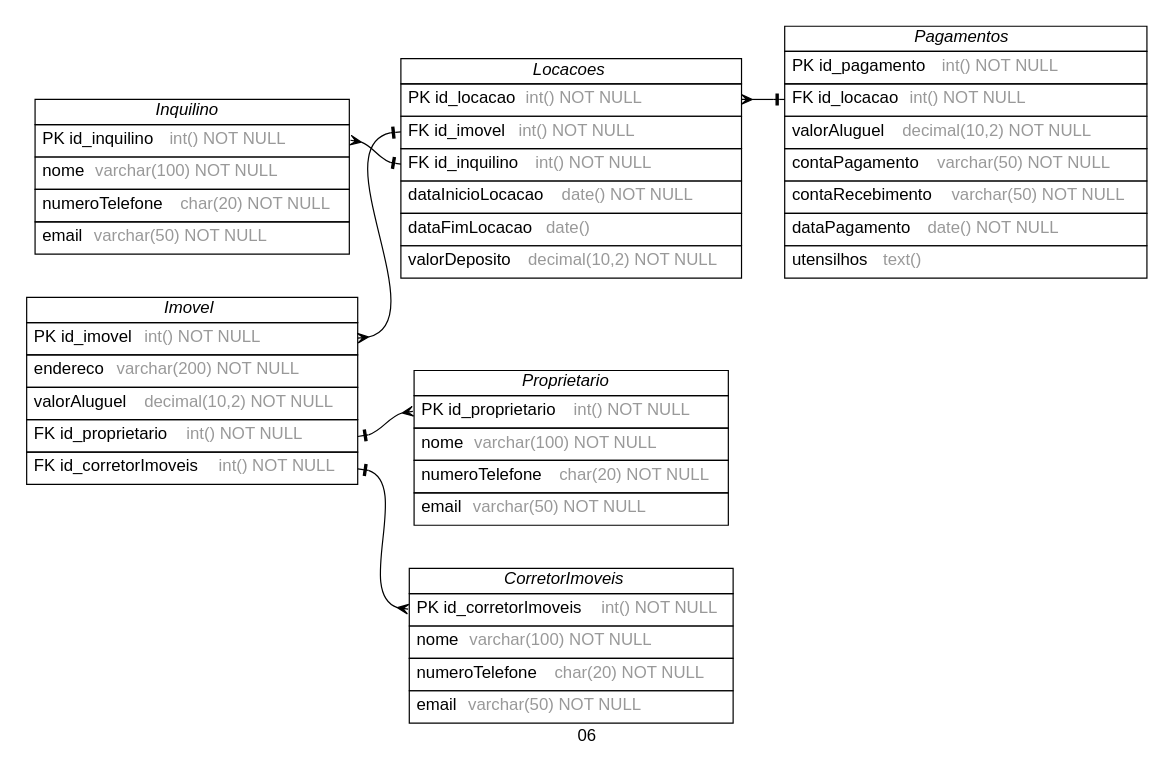
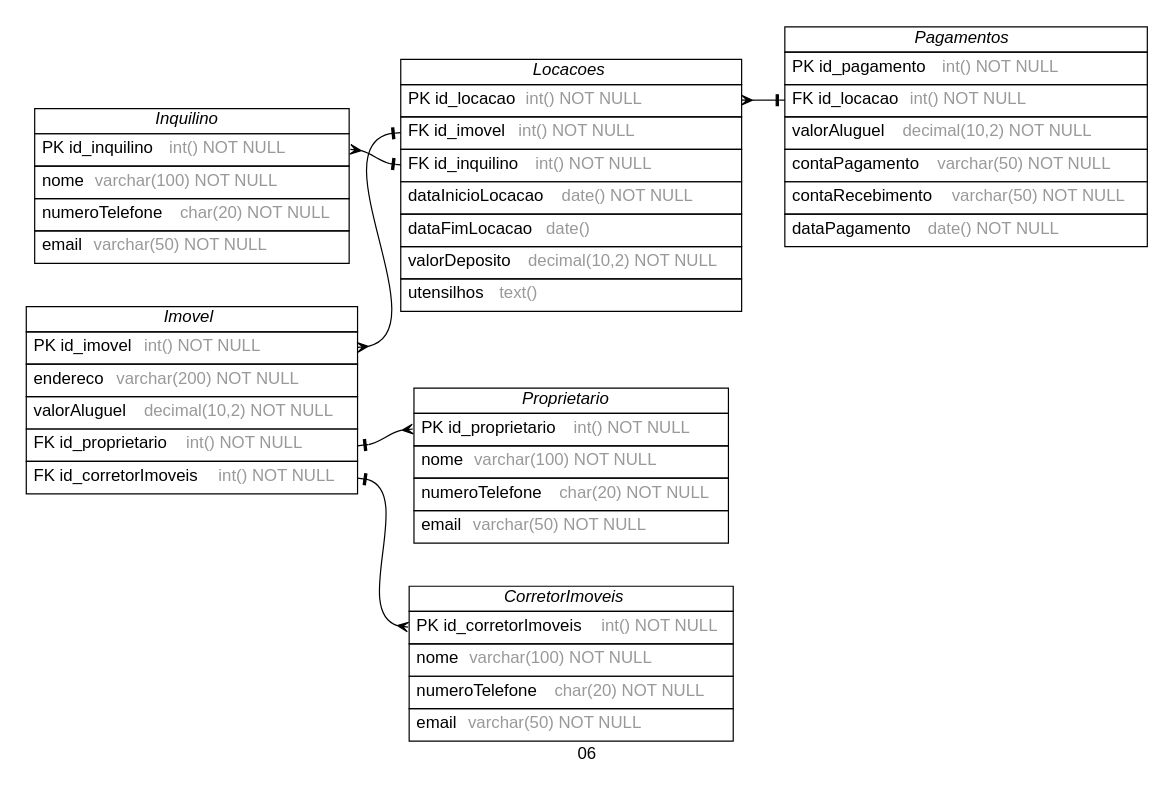
One commit to juliaokmenezes/TXT-to-ERD changed the diagram in avaliacao/dot-json/06.dot. Above: the diagram before and after it, drawn with Graphviz. The commit also changed other lines of this file and 12 other files, not shown here.

```diff
--- a/avaliacao/dot-json/06.dot
+++ b/avaliacao/dot-json/06.dot
@@ -1,119 +1,119 @@
 /* created with ERDot < https://github.com/ehne/ERDot > */
 digraph G {
     graph [
         nodesep=0.5;
         rankdir="LR";
         concentrate=true;
         splines="spline";
         fontname="Helvetica";
         pad="0.2,0.2",
         label="06",
         
     ];
     
     node [shape=plain, fontname="Helvetica"];
     edge [
         dir=both,
         fontsize=12,
         arrowsize=0.9,
         penwidth=1.0,
         labelangle=32,
         labeldistance=1.8,
         fontname="Helvetica"
     ];
     
     "CorretorImoveis" [ label=<
         <table border="0" cellborder="1" cellspacing="0" >
         <tr><td><i>CorretorImoveis</i></td></tr>
         <tr><td port="id_corretorImoveis" align="left" cellpadding="5">PK id_corretorImoveis <font color="grey60">int() NOT NULL</font></td></tr>
         <tr><td port="nome" align="left" cellpadding="5">nome <font color="grey60">varchar(100) NOT NULL</font></td></tr>
         <tr><td port="numeroTelefone" align="left" cellpadding="5">numeroTelefone <font color="grey60">char(20) NOT NULL</font></td></tr>
         <tr><td port="email" align="left" cellpadding="5">email <font color="grey60">varchar(50) NOT NULL</font></td></tr>
     </table>>];
     "Proprietario" [ label=<
         <table border="0" cellborder="1" cellspacing="0" >
         <tr><td><i>Proprietario</i></td></tr>
         <tr><td port="id_proprietario" align="left" cellpadding="5">PK id_proprietario <font color="grey60">int() NOT NULL</font></td></tr>
         <tr><td port="nome" align="left" cellpadding="5">nome <font color="grey60">varchar(100) NOT NULL</font></td></tr>
         <tr><td port="numeroTelefone" align="left" cellpadding="5">numeroTelefone <font color="grey60">char(20) NOT NULL</font></td></tr>
         <tr><td port="email" align="left" cellpadding="5">email <font color="grey60">varchar(50) NOT NULL</font></td></tr>
     </table>>];
     "Inquilino" [ label=<
         <table border="0" cellborder="1" cellspacing="0" >
         <tr><td><i>Inquilino</i></td></tr>
         <tr><td port="id_inquilino" align="left" cellpadding="5">PK id_inquilino <font color="grey60">int() NOT NULL</font></td></tr>
         <tr><td port="nome" align="left" cellpadding="5">nome <font color="grey60">varchar(100) NOT NULL</font></td></tr>
         <tr><td port="numeroTelefone" align="left" cellpadding="5">numeroTelefone <font color="grey60">char(20) NOT NULL</font></td></tr>
         <tr><td port="email" align="left" cellpadding="5">email <font color="grey60">varchar(50) NOT NULL</font></td></tr>
     </table>>];
     "Imovel" [ label=<
         <table border="0" cellborder="1" cellspacing="0" >
         <tr><td><i>Imovel</i></td></tr>
         <tr><td port="id_imovel" align="left" cellpadding="5">PK id_imovel <font color="grey60">int() NOT NULL</font></td></tr>
         <tr><td port="endereco" align="left" cellpadding="5">endereco <font color="grey60">varchar(200) NOT NULL</font></td></tr>
         <tr><td port="valorAluguel" align="left" cellpadding="5">valorAluguel <font color="grey60">decimal(10,2) NOT NULL</font></td></tr>
         <tr><td port="id_proprietario" align="left" cellpadding="5">FK id_proprietario <font color="grey60">int() NOT NULL</font></td></tr>
         <tr><td port="id_corretorImoveis" align="left" cellpadding="5">FK id_corretorImoveis <font color="grey60">int() NOT NULL</font></td></tr>
     </table>>];
     "Locacoes" [ label=<
         <table border="0" cellborder="1" cellspacing="0" >
         <tr><td><i>Locacoes</i></td></tr>
         <tr><td port="id_locacao" align="left" cellpadding="5">PK id_locacao <font color="grey60">int() NOT NULL</font></td></tr>
         <tr><td port="id_imovel" align="left" cellpadding="5">FK id_imovel <font color="grey60">int() NOT NULL</font></td></tr>
         <tr><td port="id_inquilino" align="left" cellpadding="5">FK id_inquilino <font color="grey60">int() NOT NULL</font></td></tr>
         <tr><td port="dataInicioLocacao" align="left" cellpadding="5">dataInicioLocacao <font color="grey60">date() NOT NULL</font></td></tr>
         <tr><td port="dataFimLocacao" align="left" cellpadding="5">dataFimLocacao <font color="grey60">date()</font></td></tr>
         <tr><td port="valorDeposito" align="left" cellpadding="5">valorDeposito <font color="grey60">decimal(10,2) NOT NULL</font></td></tr>
+        <tr><td port="utensilhos" align="left" cellpadding="5">utensilhos <font color="grey60">text()</font></td></tr>
     </table>>];
     "Pagamentos" [ label=<
         <table border="0" cellborder="1" cellspacing="0" >
         <tr><td><i>Pagamentos</i></td></tr>
         <tr><td port="id_pagamento" align="left" cellpadding="5">PK id_pagamento <font color="grey60">int() NOT NULL</font></td></tr>
         <tr><td port="id_locacao" align="left" cellpadding="5">FK id_locacao <font color="grey60">int() NOT NULL</font></td></tr>
         <tr><td port="valorAluguel" align="left" cellpadding="5">valorAluguel <font color="grey60">decimal(10,2) NOT NULL</font></td></tr>
         <tr><td port="contaPagamento" align="left" cellpadding="5">contaPagamento <font color="grey60">varchar(50) NOT NULL</font></td></tr>
         <tr><td port="contaRecebimento" align="left" cellpadding="5">contaRecebimento <font color="grey60">varchar(50) NOT NULL</font></td></tr>
         <tr><td port="dataPagamento" align="left" cellpadding="5">dataPagamento <font color="grey60">date() NOT NULL</font></td></tr>
-        <tr><td port="utensilhos" align="left" cellpadding="5">utensilhos <font color="grey60">text()</font></td></tr>
     </table>>];
 
     
     "Imovel":"id_corretorImoveis"->"CorretorImoveis":"id_corretorImoveis" [
         arrowhead=ocrow,
 
         arrowtail=noneotee,
     ];
 
     
     "Imovel":"id_proprietario"->"Proprietario":"id_proprietario" [
         arrowhead=ocrow,
 
         arrowtail=noneotee,
     ];
 
     
     "Imovel":"id_imovel"->"Locacoes":"id_imovel" [
         arrowhead=noneotee,
 
         arrowtail=ocrow,
     ];
 
     
     "Inquilino":"id_inquilino"->"Locacoes":"id_inquilino" [
         arrowhead=noneotee,
 
         arrowtail=ocrow,
     ];
 
     
     "Locacoes":"id_locacao"->"Pagamentos":"id_locacao" [
         arrowhead=noneotee,
 
         arrowtail=ocrow,
     ];
 
 
 
     
 
 }
```
